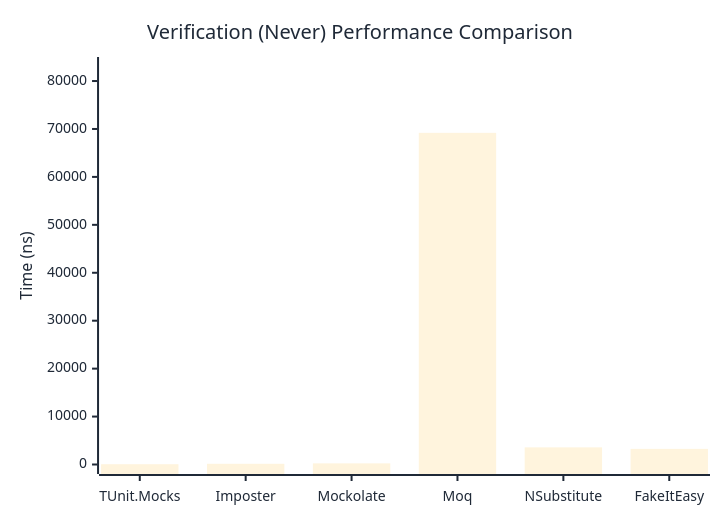
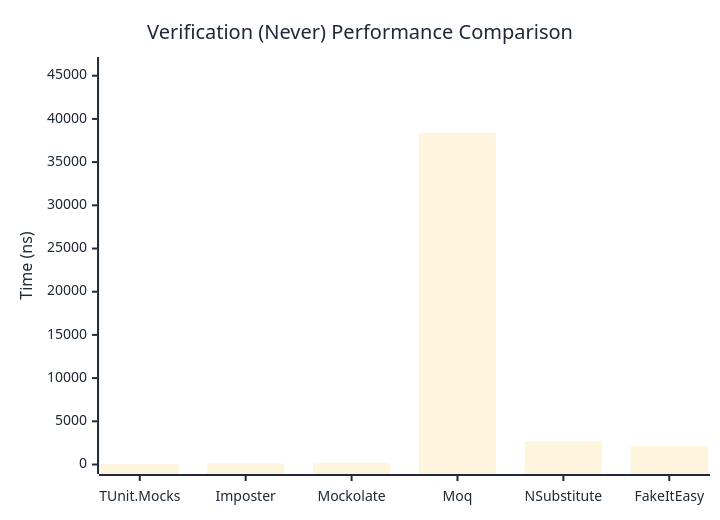
The second of 3 diagrams in docs/docs/benchmarks/mocks/Verification.md (thomhurst/TUnit), drawn with Mermaid before and after one commit. The commit also changed other lines of this file and 14 other files, not shown here.

````diff
--- a/docs/docs/benchmarks/mocks/Verification.md
+++ b/docs/docs/benchmarks/mocks/Verification.md
@@ -71,27 +71,27 @@
 ```mermaid
 %%{init: {
   'theme':'base',
   'themeVariables': {
     'primaryColor': '#2563eb',
     'primaryTextColor': '#1f2937',
     'primaryBorderColor': '#1e40af',
     'lineColor': '#6b7280',
     'secondaryColor': '#7c3aed',
     'tertiaryColor': '#dc2626',
     'background': '#ffffff',
     'pie1': '#2563eb',
     'pie2': '#7c3aed',
     'pie3': '#dc2626',
     'pie4': '#f59e0b',
     'pie5': '#10b981',
     'pie6': '#06b6d4',
     'pie7': '#ec4899',
     'pie8': '#6366f1'
   }
 }}%%
 xychart-beta
   title "Verification (Never) Performance Comparison"
   x-axis ["TUnit.Mocks", "Imposter", "Mockolate", "Moq", "NSubstitute", "FakeItEasy"]
-  y-axis "Time (ns)" 0 --> 83032
-  bar [59.92, 149.09, 239.07, 69193.02, 3573.91, 3258.26]
+  y-axis "Time (ns)" 0 --> 46067
+  bar [46.95, 121.97, 205.11, 38388.62, 2693.79, 2155.51]
 ```
````
